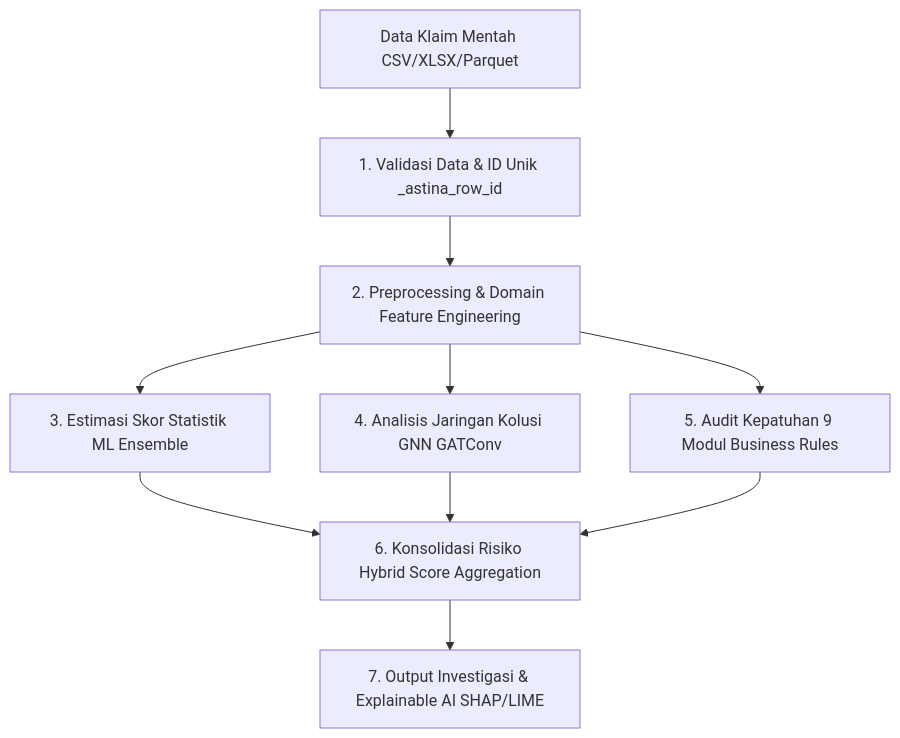
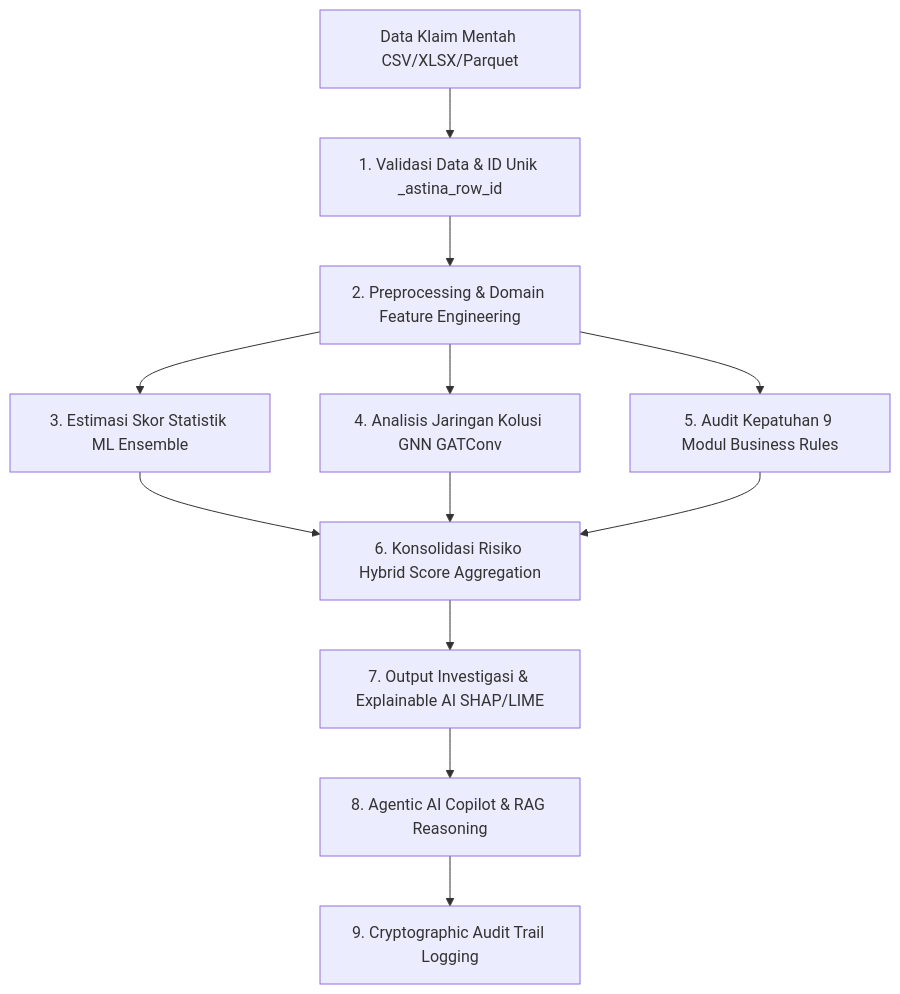
One commit to RadenAaKoesoemaWijaya/project-Graphnet changed the diagram in README.md. Above: the diagram before and after it, drawn with Mermaid. The commit also changed other lines of this file and 13 other files, not shown here.

````diff
--- a/README.md
+++ b/README.md
@@ -281,12 +251,14 @@
 ```mermaid
 flowchart TD
     A[Data Klaim Mentah CSV/XLSX/Parquet] --> B[1. Validasi Data & ID Unik _astina_row_id]
     B --> C[2. Preprocessing & Domain Feature Engineering]
     C --> D[3. Estimasi Skor Statistik ML Ensemble]
     C --> E[4. Analisis Jaringan Kolusi GNN GATConv]
     C --> F[5. Audit Kepatuhan 9 Modul Business Rules]
     D --> G[6. Konsolidasi Risiko Hybrid Score Aggregation]
     E --> G
     F --> G
     G --> H[7. Output Investigasi & Explainable AI SHAP/LIME]
+    H --> I[8. Agentic AI Copilot & RAG Reasoning]
+    I --> J[9. Cryptographic Audit Trail Logging]
 ```
````
